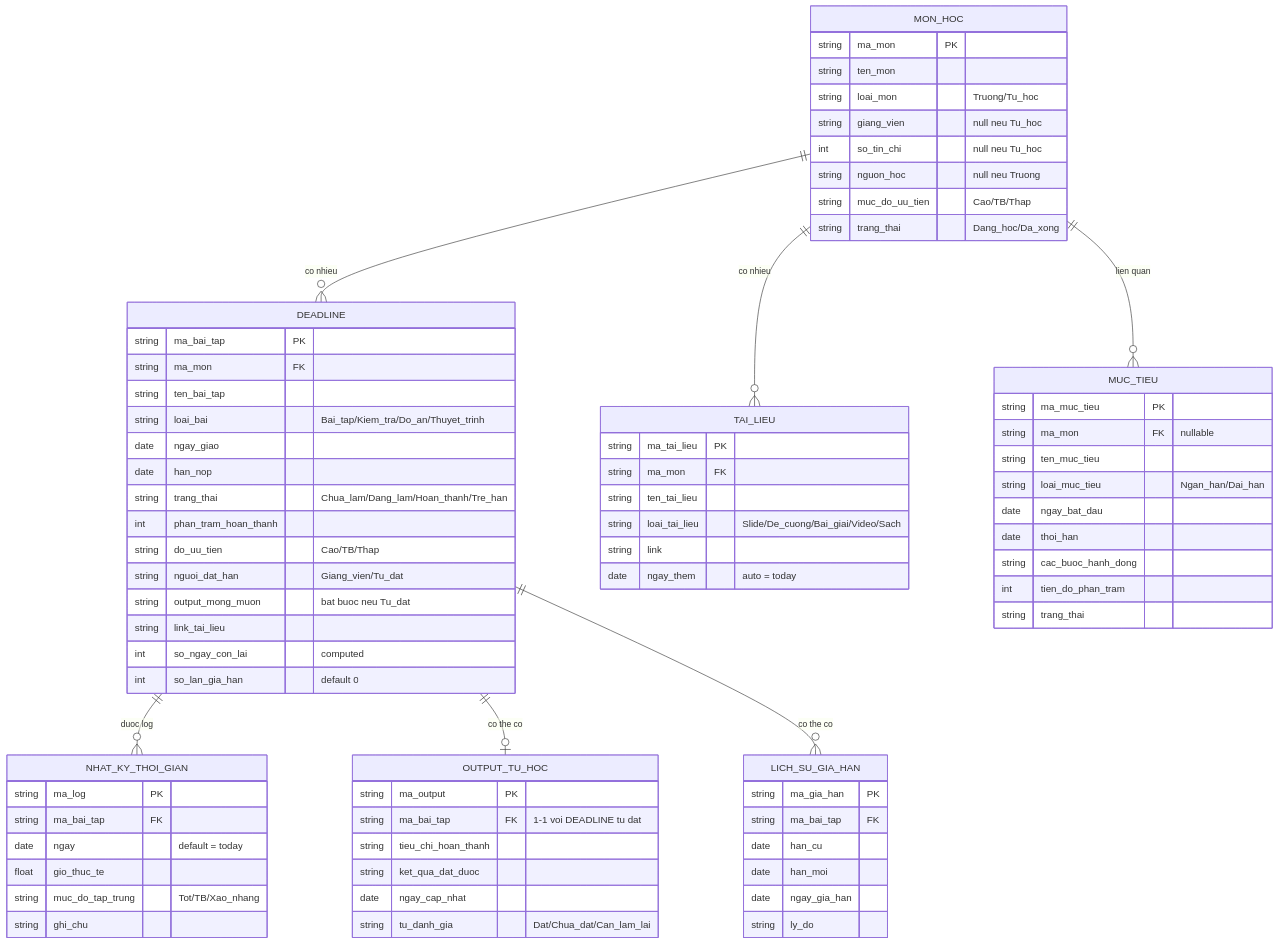
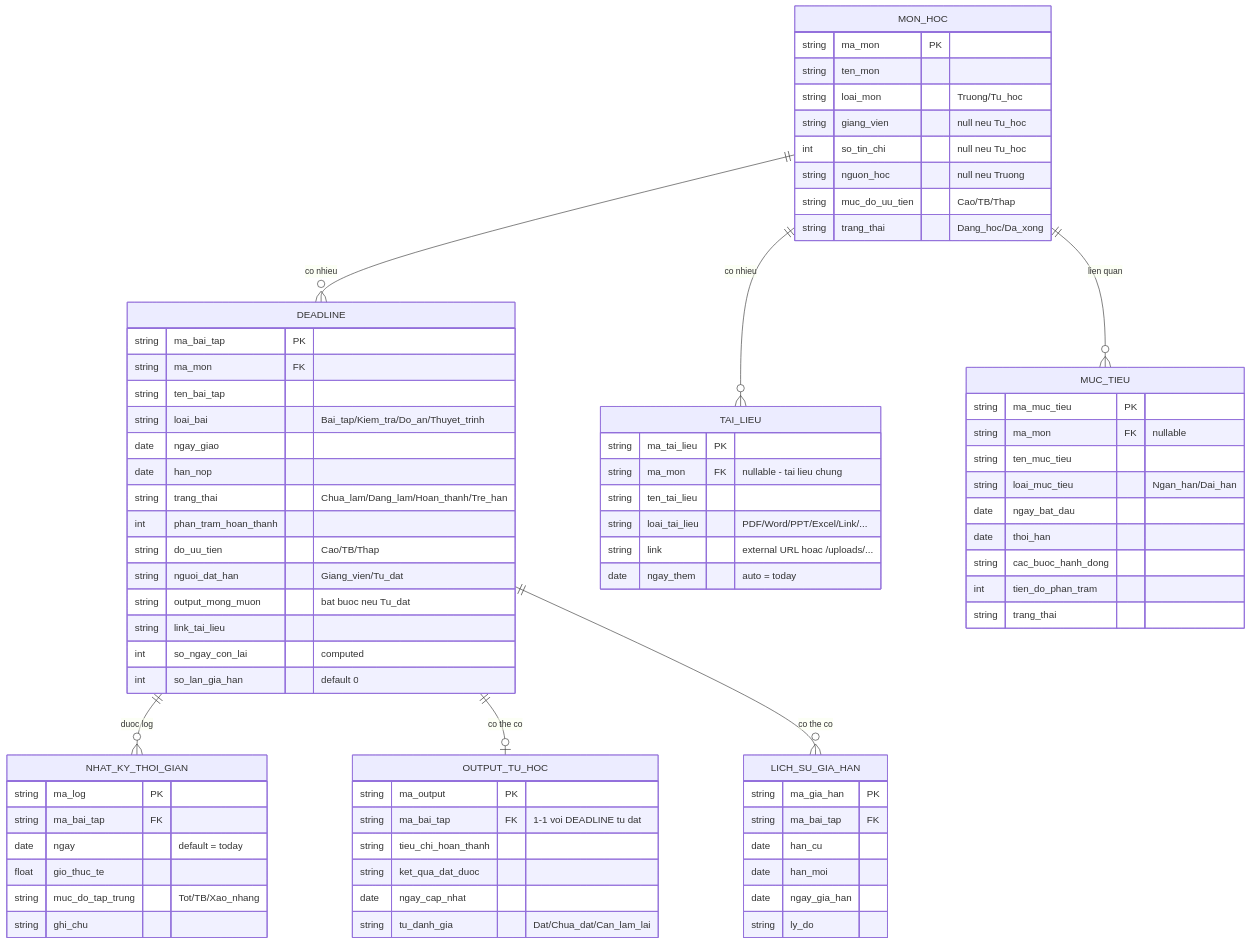
Before and after one commit to vidu1125/agy-study-manager: the diagram in docs/03_thiet_ke_ERD_chi_tiet.md, drawn with Mermaid. The commit also changed other lines of this file and 13 other files, not shown here.

```diff
--- a/docs/03_thiet_ke_ERD_chi_tiet.md
+++ b/docs/03_thiet_ke_ERD_chi_tiet.md
@@ -44,10 +44,10 @@
 
     TAI_LIEU {
         string ma_tai_lieu PK
-        string ma_mon FK
+        string ma_mon FK "nullable - tai lieu chung"
         string ten_tai_lieu
-        string loai_tai_lieu "Slide/De_cuong/Bai_giai/Video/Sach"
-        string link
+        string loai_tai_lieu "PDF/Word/PPT/Excel/Link/..."
+        string link "external URL hoac /uploads/..."
         date ngay_them "auto = today"
     }
 
```
